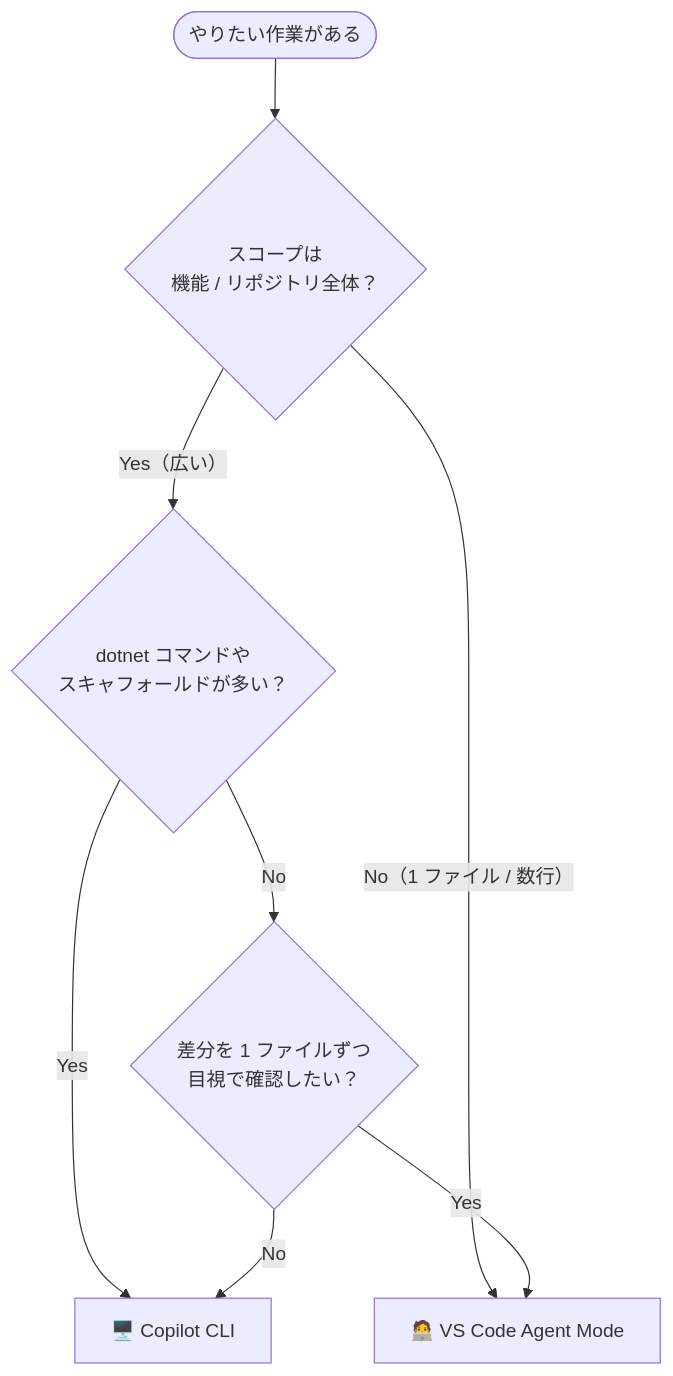
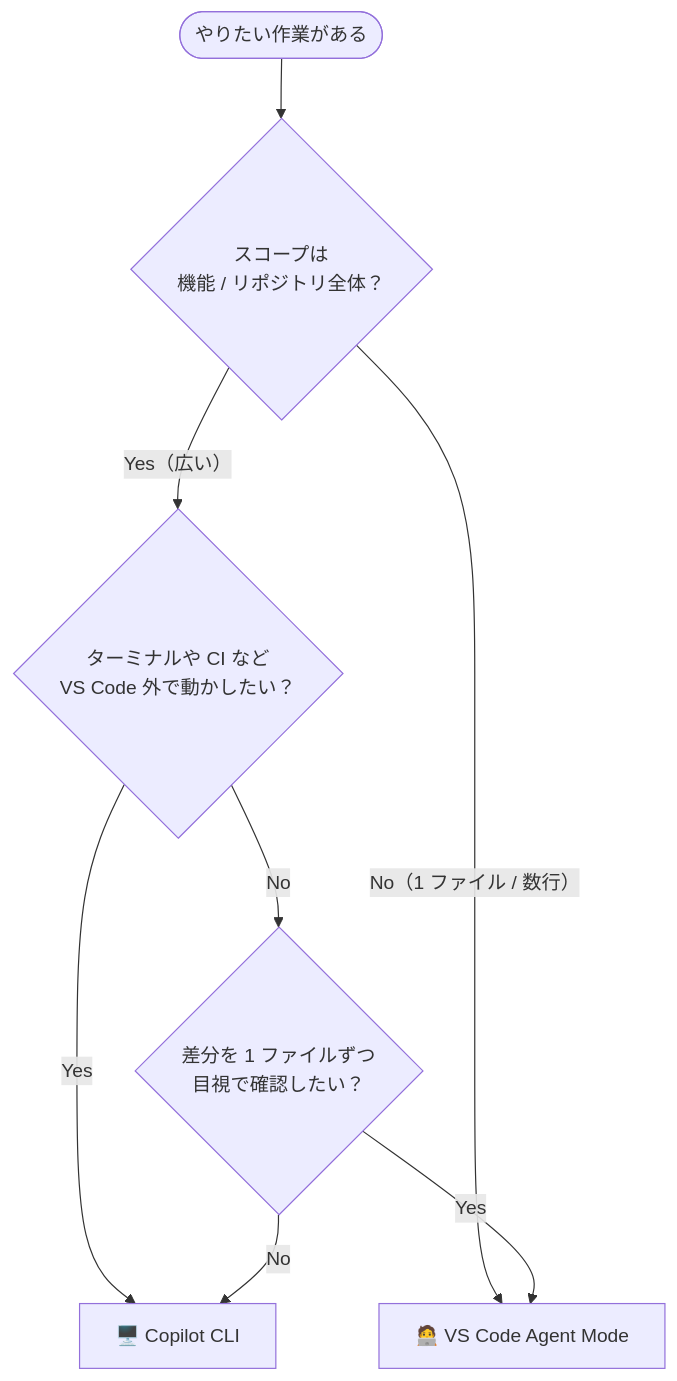
One commit to tomokusaba/zenn changed the diagram in articles/838cdac8d71e52.md. Above: the diagram before and after it, drawn with Mermaid. The commit also changed other lines of this file, not shown here.

````diff
--- a/articles/838cdac8d71e52.md
+++ b/articles/838cdac8d71e52.md
@@ -242,10 +242,10 @@
 ```mermaid
 flowchart TB
     Start([やりたい作業がある]) --> Q1{スコープは<br/>機能 / リポジトリ全体？}
-    Q1 -- Yes（広い） --> Q2{dotnet コマンドや<br/>スキャフォールドが多い？}
+    Q1 -- Yes（広い） --> Q2{ターミナルや CI など<br/>VS Code 外で動かしたい？}
     Q1 -- No（1 ファイル / 数行） --> Agent[🧑‍💻 VS Code Agent Mode]
     Q2 -- Yes --> CLI[🖥️ Copilot CLI]
     Q2 -- No --> Q3{差分を 1 ファイルずつ<br/>目視で確認したい？}
     Q3 -- Yes --> Agent
     Q3 -- No --> CLI
 ```
````
